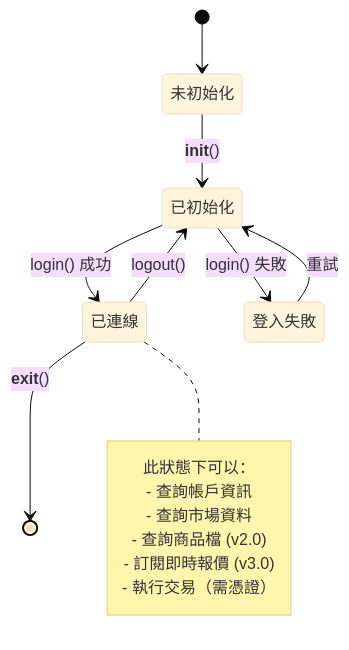
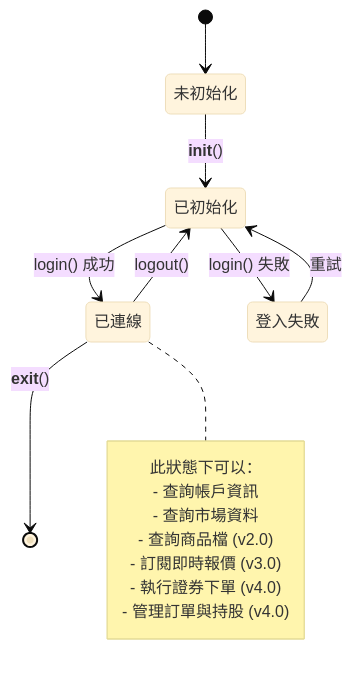
Before and after one commit to wu02067602/sample-trading: the third of 12 diagrams in 類別圖.md, drawn with Mermaid (base theme). The commit also changed other lines of this file and 3 other files, not shown here.

````diff
--- a/類別圖.md
+++ b/類別圖.md
@@ -160,19 +198,20 @@
 ```mermaid
 stateDiagram-v2
     [*] --> 未初始化
     未初始化 --> 已初始化: __init__()
     已初始化 --> 已連線: login() 成功
     已初始化 --> 登入失敗: login() 失敗
     登入失敗 --> 已初始化: 重試
     已連線 --> 已初始化: logout()
     已連線 --> [*]: __exit__()
     
     note right of 已連線
         此狀態下可以：
         - 查詢帳戶資訊
         - 查詢市場資料
         - 查詢商品檔 (v2.0)
         - 訂閱即時報價 (v3.0)
-        - 執行交易（需憑證）
+        - 執行證券下單 (v4.0)
+        - 管理訂單與持股 (v4.0)
     end note
 ```
````
